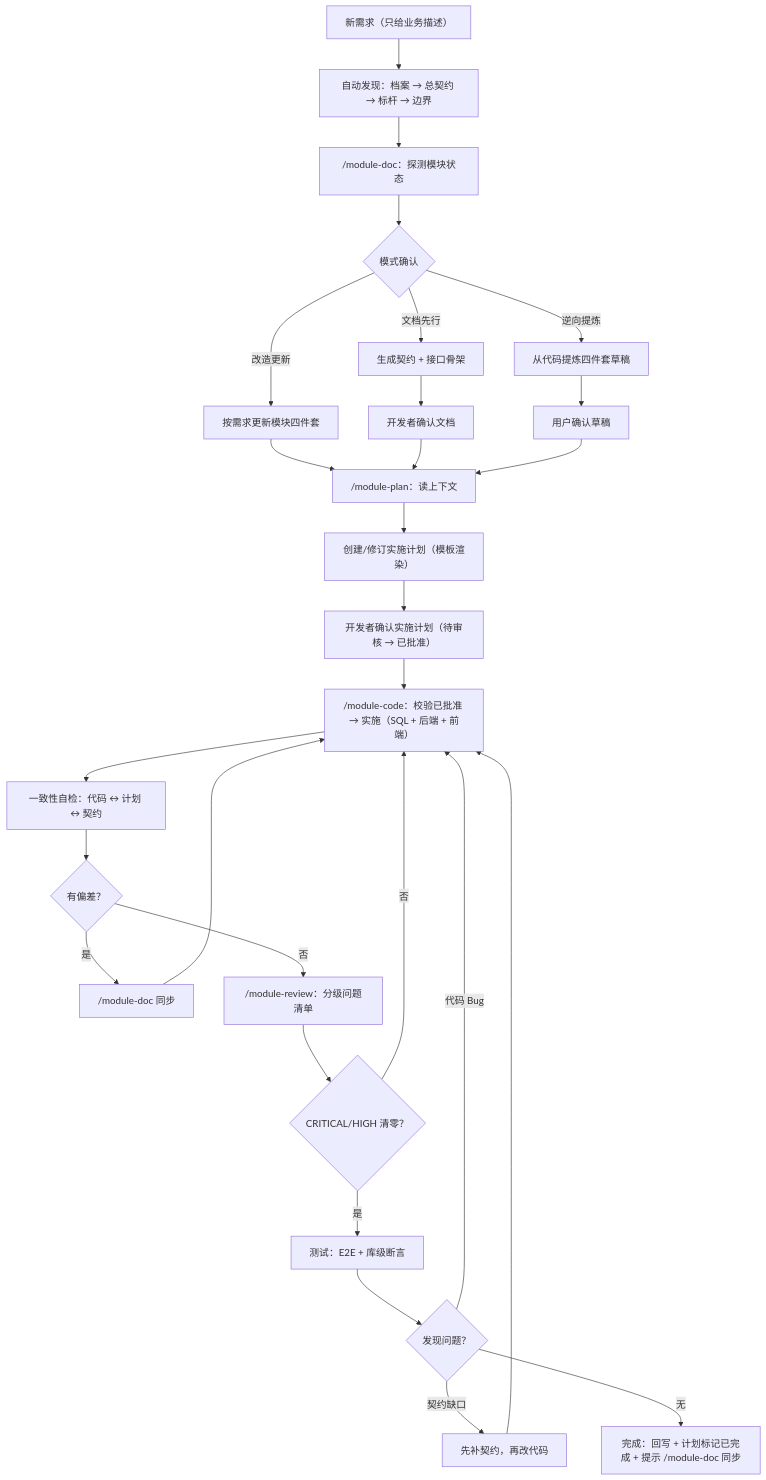
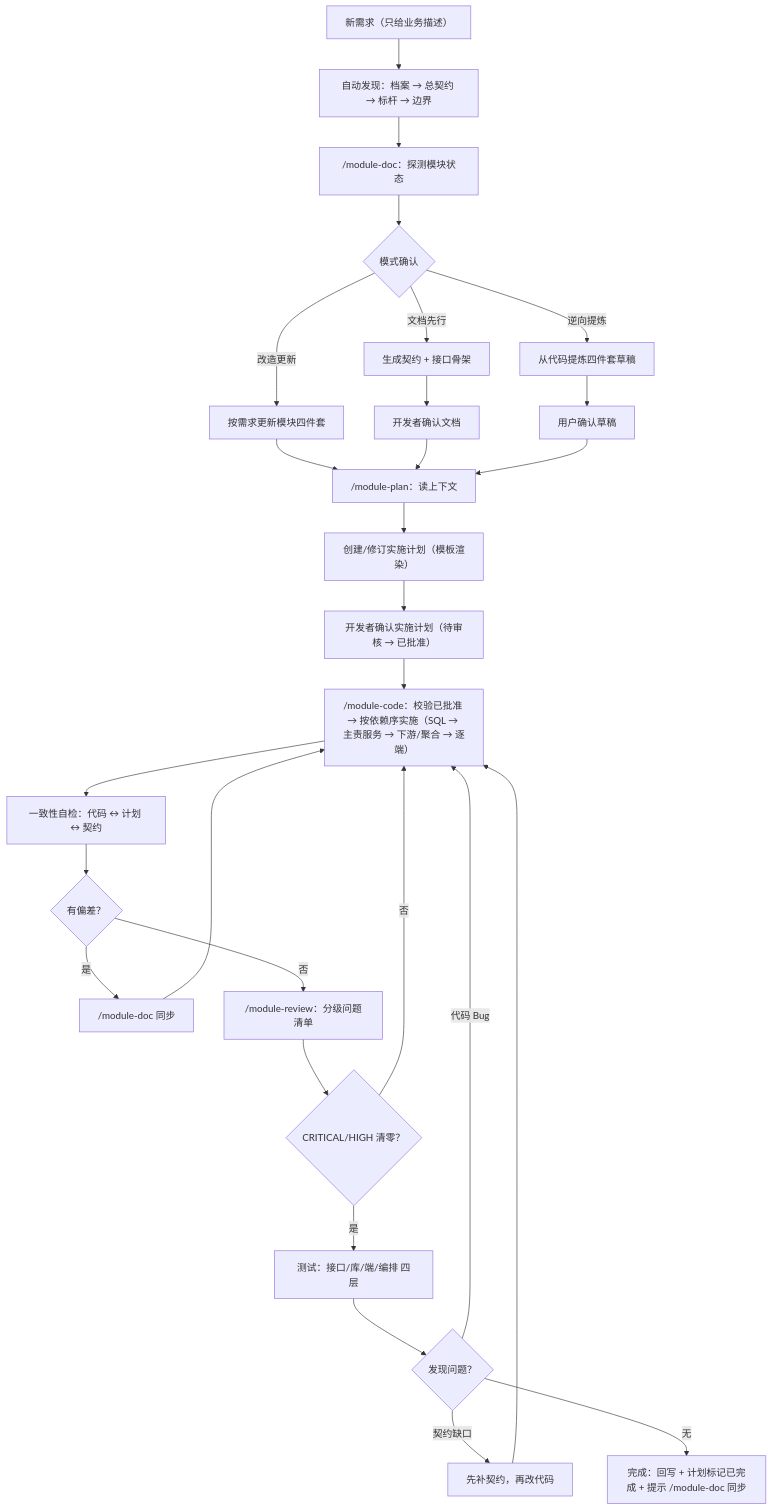
Before and after one commit to knight-peter/doc-framework: the second of 2 diagrams in README.md, drawn with Mermaid. The commit also changed other lines of this file, not shown here.

````diff
--- a/README.md
+++ b/README.md
@@ -177,30 +177,30 @@
 ```mermaid
 flowchart TB
     H["新需求（只给业务描述）"] --> I["自动发现：档案 → 总契约 → 标杆 → 边界"]
     I --> J["/module-doc：探测模块状态"]
     J --> K{"模式确认"}
     K -->|"文档先行"| L["生成契约 + 接口骨架"]
     K -->|"逆向提炼"| M["从代码提炼四件套草稿"]
     K -->|"改造更新"| N["按需求更新模块四件套"]
     L --> O["开发者确认文档"]
     M --> P["用户确认草稿"]
     N --> Q["/module-plan：读上下文"]
     O --> Q
     P --> Q
     Q --> R["创建/修订实施计划（模板渲染）"]
     R --> S["开发者确认实施计划（待审核 → 已批准）"]
-    S --> T["/module-code：校验已批准 → 实施（SQL + 后端 + 前端）"]
+    S --> T["/module-code：校验已批准 → 按依赖序实施（SQL → 主责服务 → 下游/聚合 → 逐端）"]
     T --> U["一致性自检：代码 ↔ 计划 ↔ 契约"]
     U --> V{"有偏差？"}
     V -->|"是"| W["/module-doc 同步"]
     W --> T
     V -->|"否"| X["/module-review：分级问题清单"]
     X --> Y{"CRITICAL/HIGH 清零？"}
     Y -->|"否"| T
-    Y -->|"是"| Z["测试：E2E + 库级断言"]
+    Y -->|"是"| Z["测试：接口/库/端/编排 四层"]
     Z --> AA{"发现问题？"}
     AA -->|"代码 Bug"| T
     AA -->|"契约缺口"| AB["先补契约，再改代码"]
     AB --> T
     AA -->|"无"| AC["完成：回写 + 计划标记已完成 + 提示 /module-doc 同步"]
 ```
````
